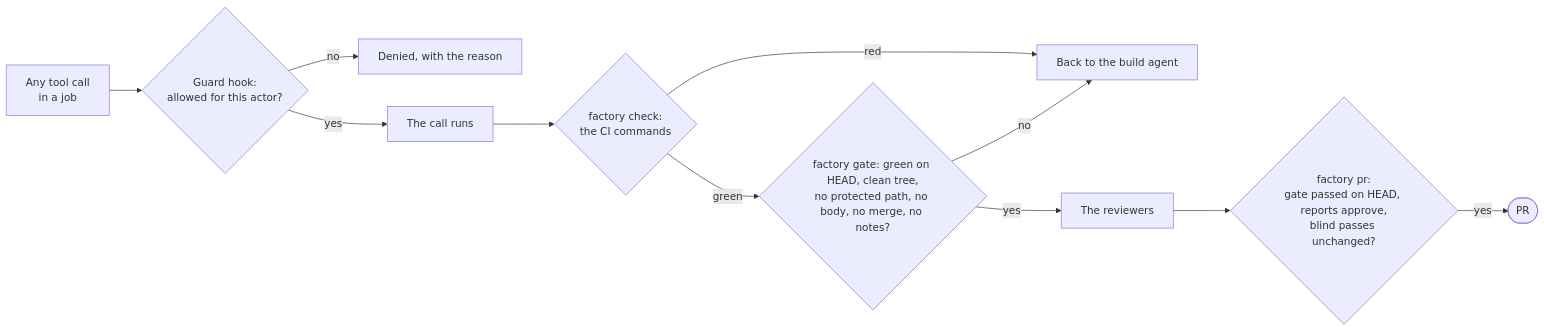
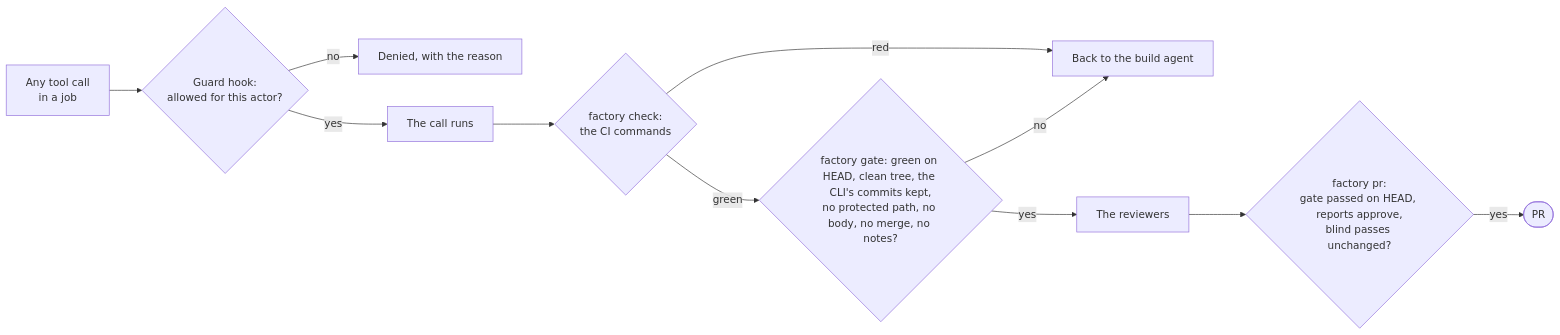
One commit to moralesbang/wandr changed the seventh of 9 diagrams in factory/README.md. Above: the diagram before and after it, drawn with Mermaid. The commit also changed other lines of this file and 7 other files, not shown here.

````diff
--- a/factory/README.md
+++ b/factory/README.md
@@ -400,13 +412,13 @@
 ```mermaid
 flowchart LR
     w["Any tool call<br/>in a job"] --> h{"Guard hook:<br/>allowed for this actor?"}
     h -->|no| deny["Denied, with the reason"]
     h -->|yes| f["The call runs"]
     f --> chk{"factory check:<br/>the CI commands"}
     chk -->|red| back["Back to the build agent"]
-    chk -->|green| g{"factory gate: green on HEAD, clean tree,<br/>no protected path, no body, no merge, no notes?"}
+    chk -->|green| g{"factory gate: green on HEAD, clean tree, the CLI's commits kept,<br/>no protected path, no body, no merge, no notes?"}
     g -->|no| back
     g -->|yes| rev["The reviewers"]
     rev --> p{"factory pr:<br/>gate passed on HEAD, reports approve,<br/>blind passes unchanged?"}
     p -->|yes| pr(["PR"])
 ```
````
